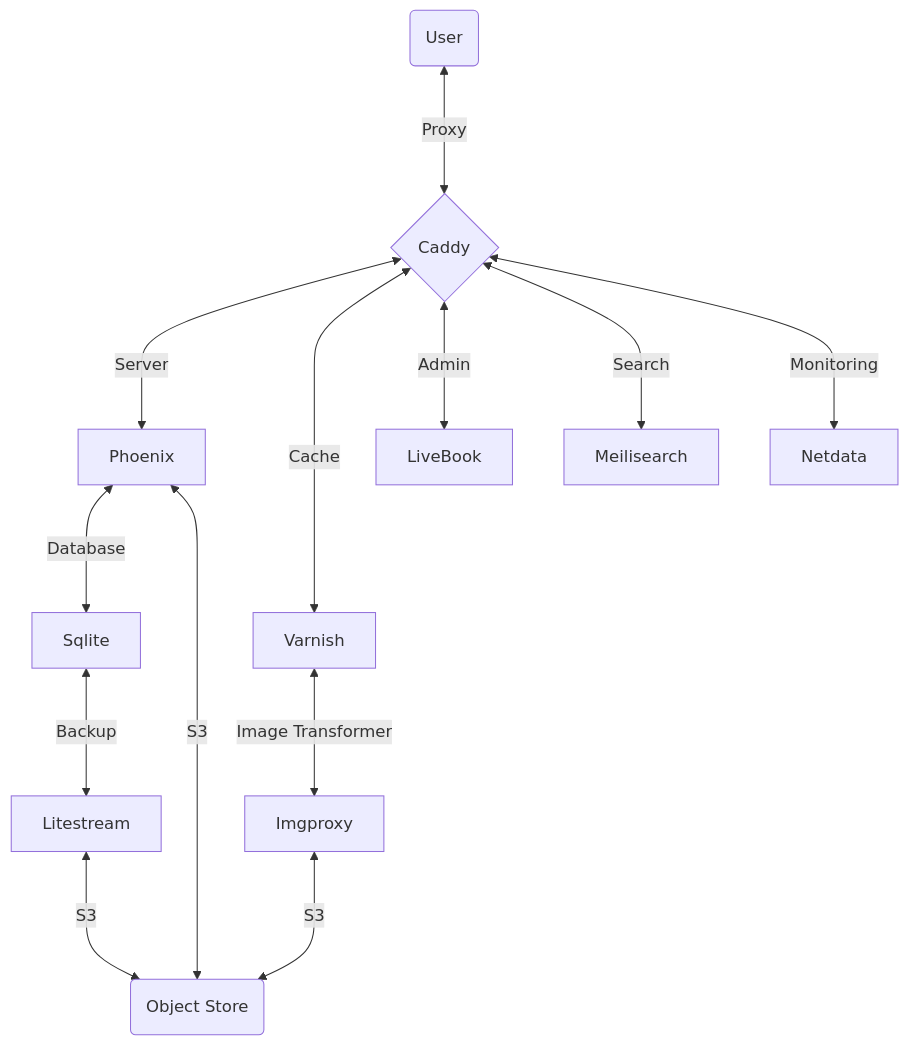
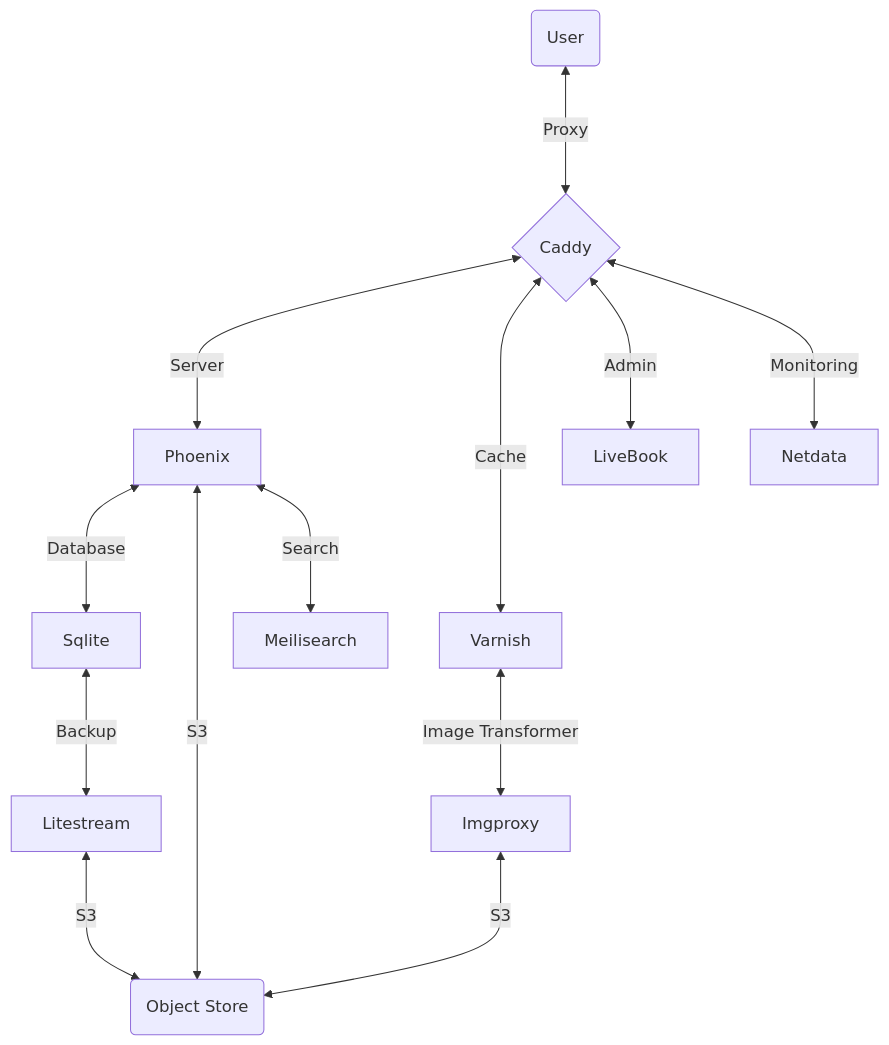
The diagram in README.md (derpycoder/derpy_tools), drawn with Mermaid before and after one commit. The commit also changed 1 other file, not shown here.

Commit message:
Architecture Changed.

````diff
--- a/README.md
+++ b/README.md
@@ -36,20 +36,21 @@
 ```mermaid
 graph TD
 
 U(User) <---> |Proxy| C{Caddy}
 C{Caddy} <---> |Server| Phoenix
 
 Phoenix <---> |Database| Sqlite
 Phoenix <---> |S3| S3(Object Store)
 
+Phoenix <---> |Search| Meilisearch
+
 C{Caddy} <---> |Cache| Varnish
 Varnish <---> |Image Transformer| Imgproxy
 Imgproxy <---> |S3| S3(Object Store)
 
 Sqlite <---> |Backup| Litestream
 Litestream <---> |S3| S3(Object Store)
 
 C{Caddy} <---> |Admin| LiveBook
-C{Caddy} <---> |Search| Meilisearch
 C{Caddy} <---> |Monitoring| Netdata
 ```
````
